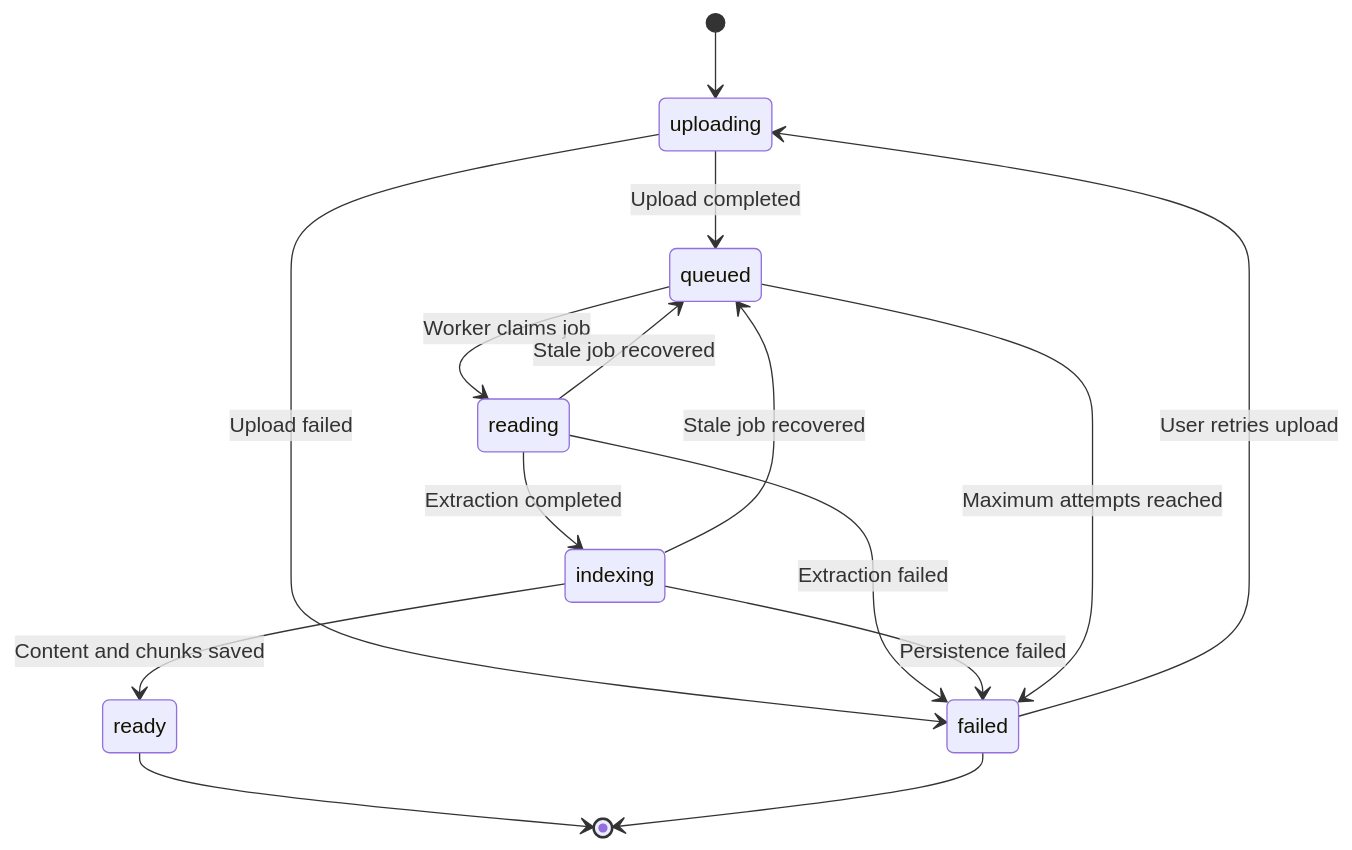
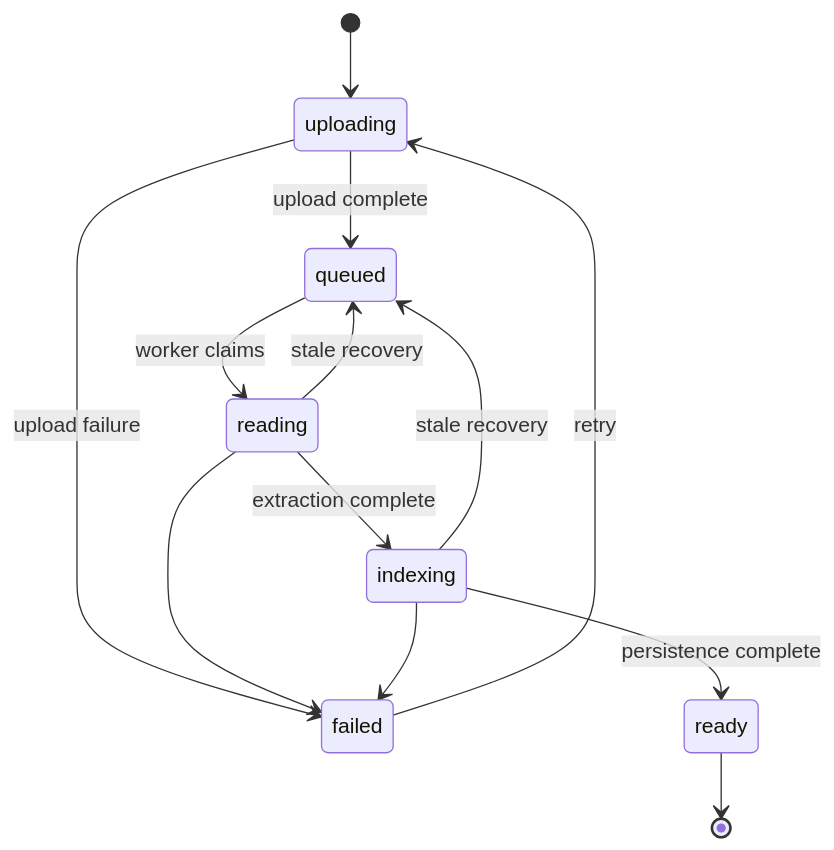
One commit to jianna-acc/stsp-capstone changed the fifth of 14 diagrams in docs/ARCHITECTURE.md. Above: the diagram before and after it, drawn with Mermaid. The commit also changed other lines of this file and 67 other files, not shown here.

````diff
--- a/docs/ARCHITECTURE.md
+++ b/docs/ARCHITECTURE.md
@@ -689,22 +253,21 @@
 ```mermaid
 stateDiagram-v2
     [*] --> uploading
 
-    uploading --> queued: Upload completed
-    uploading --> failed: Upload failed
+    uploading --> queued: upload complete
+    uploading --> failed: upload failure
 
-    queued --> reading: Worker claims job
-    reading --> indexing: Extraction completed
-    indexing --> ready: Content and chunks saved
+    queued --> reading: worker claims
+    reading --> indexing: extraction complete
+    indexing --> ready: persistence complete
 
-    reading --> failed: Extraction failed
-    indexing --> failed: Persistence failed
+    reading --> failed
+    indexing --> failed
 
-    failed --> uploading: User retries upload
-    reading --> queued: Stale job recovered
-    indexing --> queued: Stale job recovered
+    reading --> queued: stale recovery
+    indexing --> queued: stale recovery
 
-    queued --> failed: Maximum attempts reached
+    failed --> uploading: retry
+
     ready --> [*]
-    failed --> [*]
 ```
````
